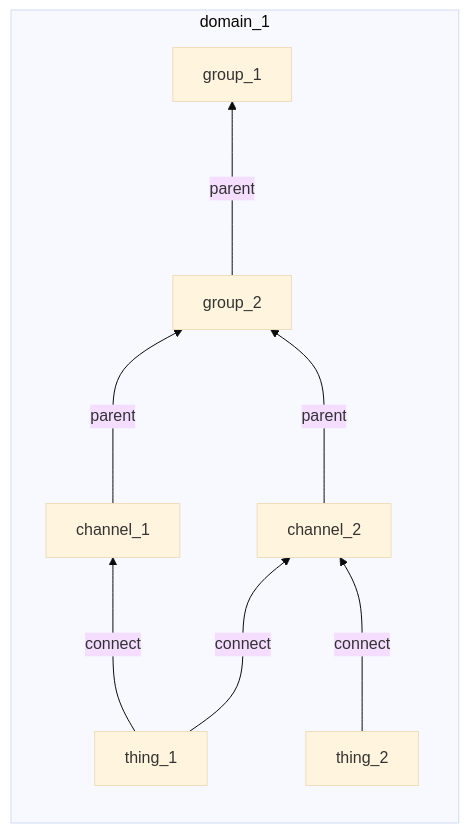
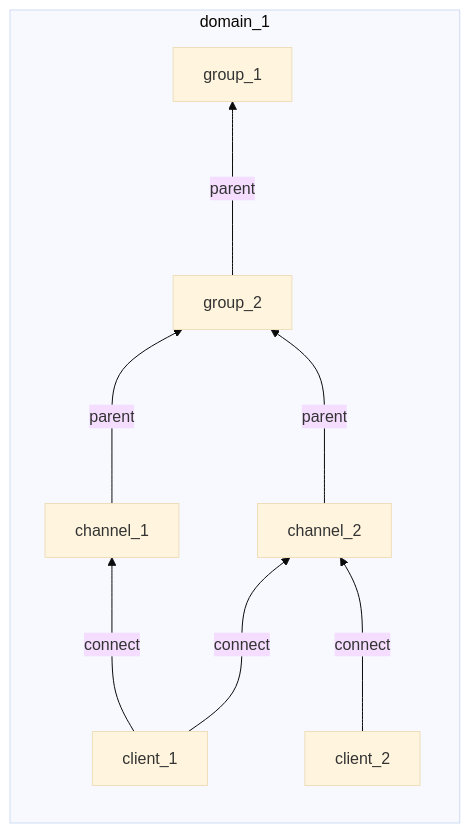
Before and after one commit to nyagamunene/supermq-docs: the sixth of 8 diagrams in docs/authorization.md, drawn with Mermaid (base theme). The commit also changed other lines of this file and 18 other files, not shown here.

````diff
--- a/docs/authorization.md
+++ b/docs/authorization.md
@@ -170,25 +170,25 @@
 ```mermaid
 graph
    subgraph domain_1
       direction BT
       Gr1["group_1"]
       Gr2["group_2"]
 
-      Th1["thing_1"]
-      Th2["thing_2"]
+      Th1["client_1"]
+      Th2["client_2"]
 
       Ch1["channel_1"]
       Ch2["channel_2"]
 
 
       Th1 --->|connect| Ch1
       Th1 --->|connect| Ch2
 
       Th2 --->|connect| Ch2
 
       Ch1 --->|parent| Gr2
       Ch2 --->|parent| Gr2
 
       Gr2 --->|parent| Gr1
    end
 ```
````
